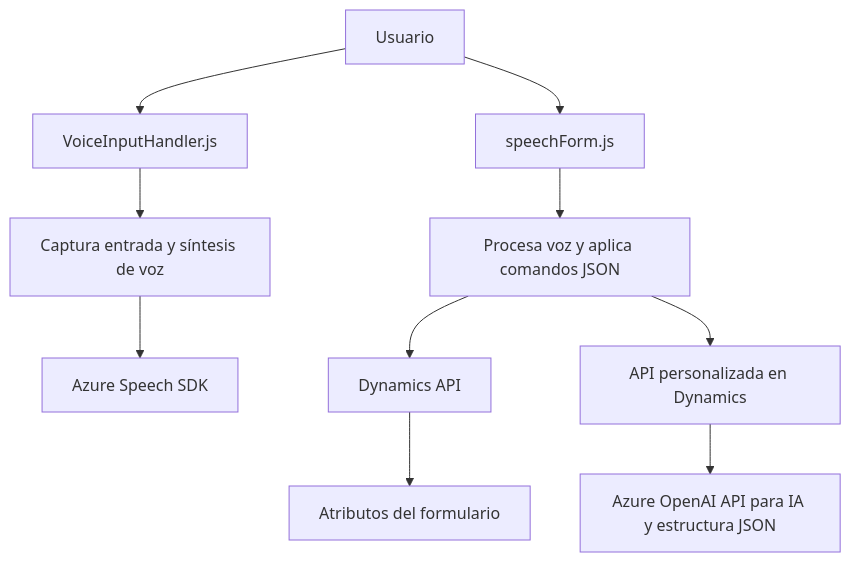
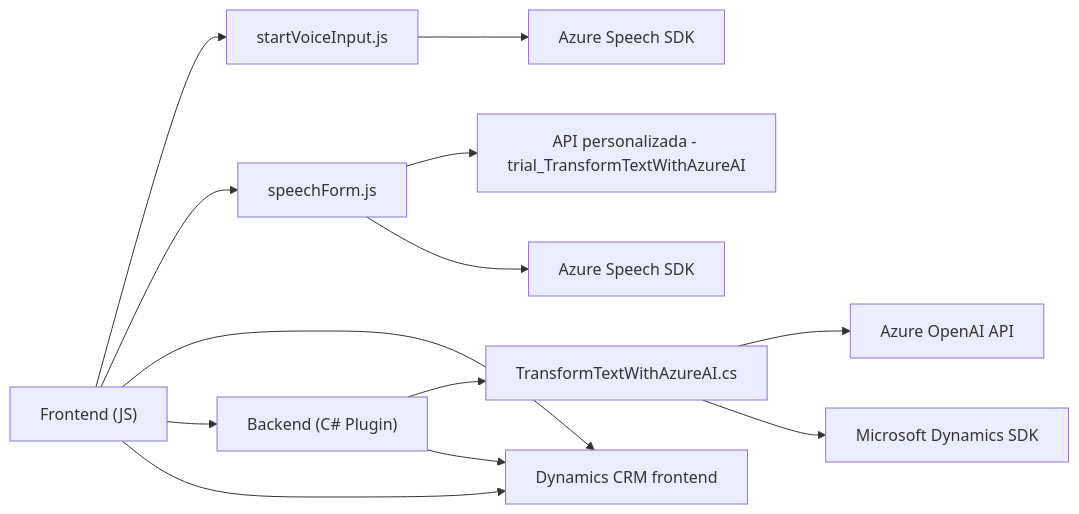
Before and after one commit to blopezdm/NETCORE_BILBAO2025: the diagram in README.md, drawn with Mermaid. The commit also changed other lines of this file, not shown here.

````diff
--- a/README.md
+++ b/README.md
@@ -40,12 +27,21 @@
 ```mermaid
-graph TD
-    A[Usuario] --> B[VoiceInputHandler.js]
-    A --> C[speechForm.js]
-    B --> D["Captura entrada y síntesis de voz"]
-    C --> E["Procesa voz y aplica comandos JSON"]
-    D --> F["Azure Speech SDK"]
-    E --> G["Dynamics API"]
-    E --> H["API personalizada en Dynamics"]
-    H --> L["Azure OpenAI API para IA y estructura JSON"]
-    G --> M["Atributos del formulario"]
+graph LR
+    A["Frontend (JS)"]
+    A --> B["startVoiceInput.js"]
+    A --> C["speechForm.js"]
+
+    B --> Q["Azure Speech SDK"]
+    A --> D["Dynamics CRM frontend"]
+
+    C --> R["API personalizada - trial_TransformTextWithAzureAI"]
+    C --> S["Azure Speech SDK"]
+    
+    E["Backend (C# Plugin)"]
+    E --> F["TransformTextWithAzureAI.cs"]
+    F --> G["Azure OpenAI API"]
+    F --> H["Microsoft Dynamics SDK"]
+
+    A --> E
+    A --> D
+    E --> D
 ```
````
